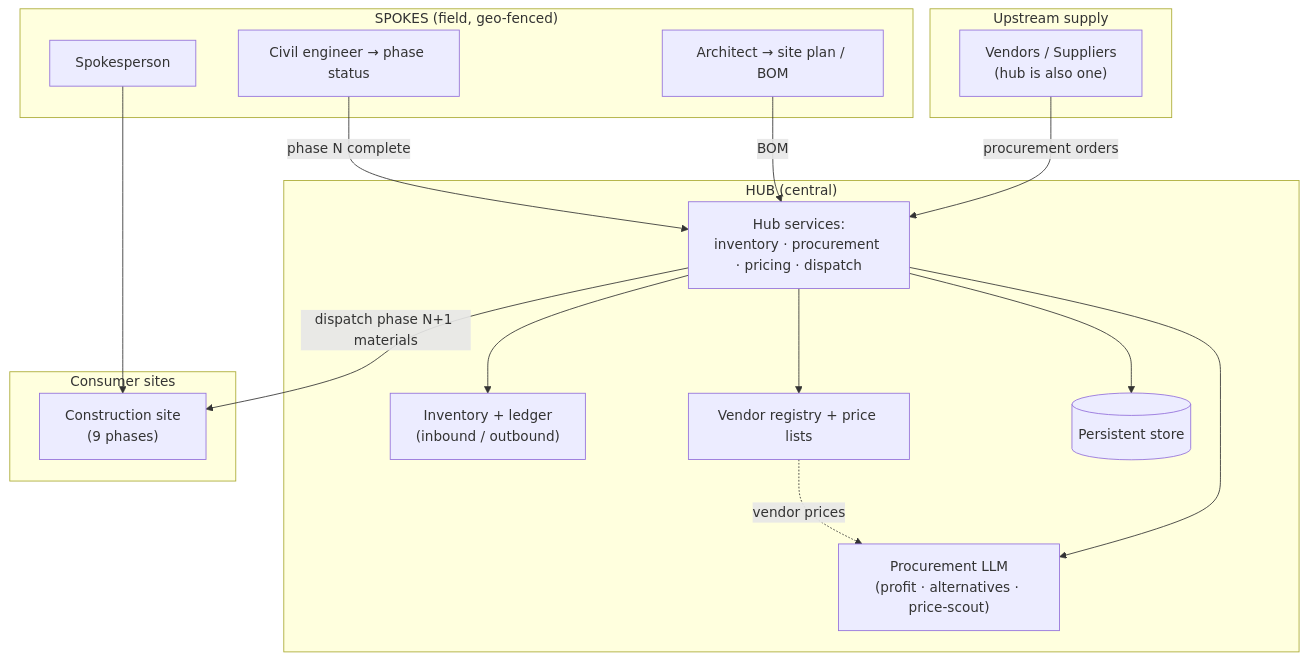
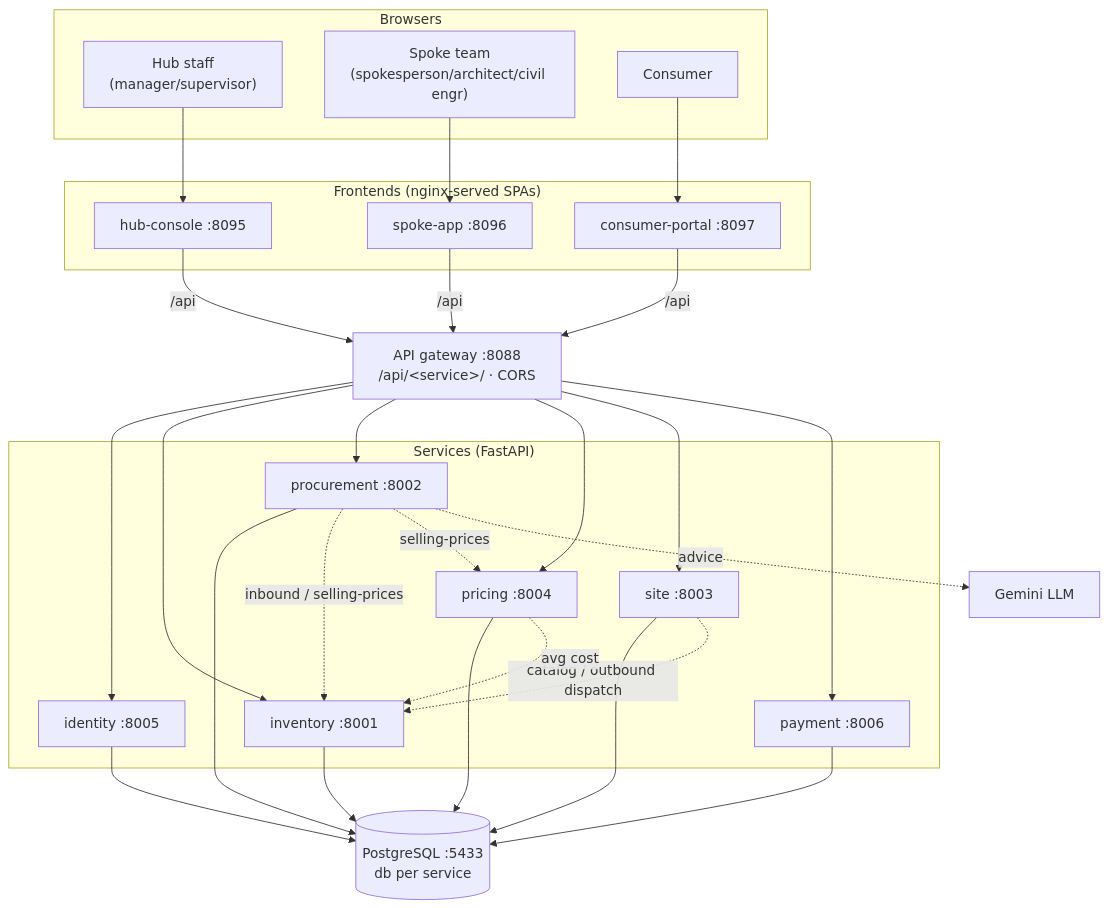
The first of 4 diagrams in docs/HLD.md (Tadipartirohith/CONSMAT-AI-V1), drawn with Mermaid before and after one commit. The commit also changed other lines of this file and 3 other files, not shown here.

````diff
--- a/docs/HLD.md
+++ b/docs/HLD.md
@@ -76,36 +49,43 @@
 ```mermaid
 flowchart TB
-    subgraph Upstream["Upstream supply"]
-        V["Vendors / Suppliers<br/>(hub is also one)"]
+    subgraph Users["Browsers"]
+        U1["Hub staff<br/>(manager/supervisor)"]
+        U2["Spoke team<br/>(spokesperson/architect/civil engr)"]
+        U3["Consumer"]
     end
 
-    subgraph HubTier["HUB (central)"]
-        HUBAPI["Hub services:<br/>inventory · procurement · pricing · dispatch"]
-        INV["Inventory + ledger<br/>(inbound / outbound)"]
-        REG["Vendor registry + price lists"]
-        LLM["Procurement LLM<br/>(profit · alternatives · price-scout)"]
-        DB[("Persistent store")]
+    subgraph Apps["Frontends (nginx-served SPAs)"]
+        HC["hub-console :8095"]
+        SA["spoke-app :8096"]
+        CP["consumer-portal :8097"]
     end
 
-    subgraph SpokeTier["SPOKES (field, geo-fenced)"]
-        SP["Spokesperson"]
-        AR["Architect → site plan / BOM"]
-        CE["Civil engineer → phase status"]
+    GW["API gateway :8088<br/>/api/&lt;service&gt;/ · CORS"]
+
+    subgraph Svc["Services (FastAPI)"]
+        ID["identity :8005"]
+        INV["inventory :8001"]
+        PROC["procurement :8002"]
+        PRICE["pricing :8004"]
+        SITE["site :8003"]
+        PAY["payment :8006"]
     end
 
-    subgraph Demand["Consumer sites"]
-        SITE["Construction site<br/>(9 phases)"]
-    end
+    DB[("PostgreSQL :5433<br/>db per service")]
+    LLM["Gemini LLM"]
 
-    V -->|"procurement orders"| HUBAPI
-    HUBAPI --> INV
-    HUBAPI --> REG
-    HUBAPI --> LLM
-    HUBAPI --> DB
-    REG -. "vendor prices" .-> LLM
+    U1-->HC
+    U2-->SA
+    U3-->CP
+    HC-->|"/api"| GW
+    SA-->|"/api"| GW
+    CP-->|"/api"| GW
+    GW-->ID & INV & PROC & PRICE & SITE & PAY
+    ID & INV & PROC & PRICE & SITE & PAY --> DB
 
-    SP --> SITE
-    AR -->|"BOM"| HUBAPI
-    CE -->|"phase N complete"| HUBAPI
-    HUBAPI -->|"dispatch phase N+1 materials"| SITE
+    PROC -. "inbound / selling-prices" .-> INV
+    PROC -. "selling-prices" .-> PRICE
+    SITE -. "catalog / outbound dispatch" .-> INV
+    PRICE -. "avg cost" .-> INV
+    PROC -. "advice" .-> LLM
 ```
````
